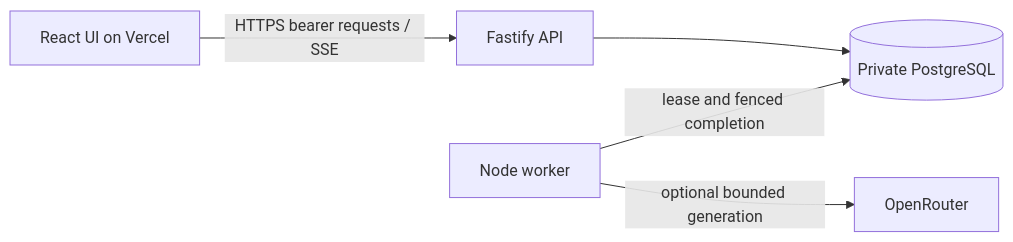
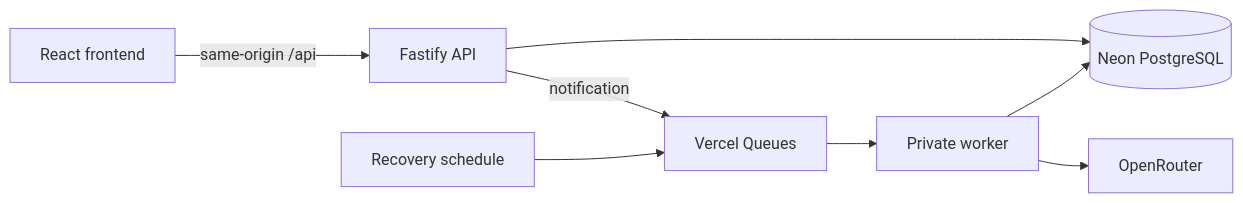
The diagram in docs/architecture.md (turovnd/ai-workflow-workbench), drawn with Mermaid before and after one commit. The commit also changed other lines of this file and 357 other files, not shown here.

````diff
--- a/docs/architecture.md
+++ b/docs/architecture.md
@@ -3,7 +3,10 @@
 ```mermaid
 flowchart LR
-  UI[React UI on Vercel] -->|HTTPS bearer requests / SSE| API[Fastify API]
-  API --> DB[(Private PostgreSQL)]
-  Worker[Node worker] -->|lease and fenced completion| DB
-  Worker -->|optional bounded generation| Provider[OpenRouter]
+  Browser[React frontend] -->|same-origin /api| API[Fastify API]
+  API --> DB[(Neon PostgreSQL)]
+  API -->|notification| Queue[Vercel Queues]
+  Queue --> Worker[Private worker]
+  Worker --> DB
+  Worker --> OpenRouter
+  Schedule[Recovery schedule] --> Queue
 ```
````
